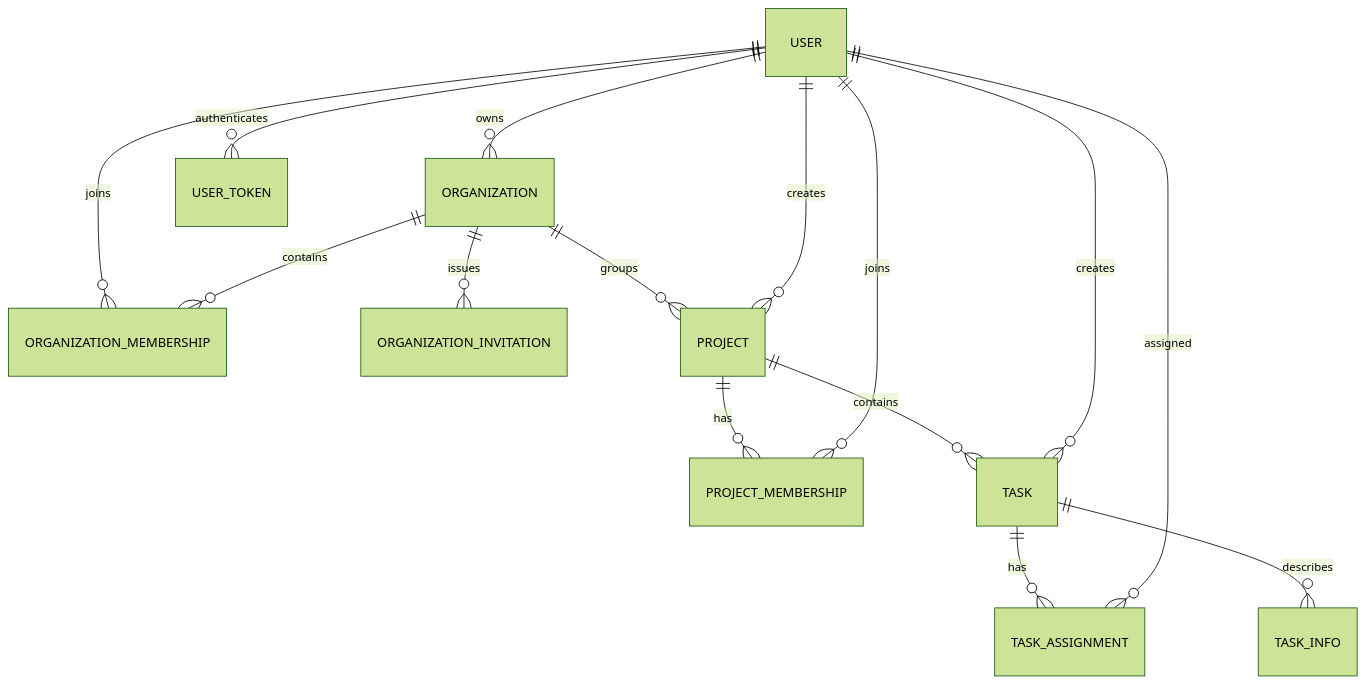
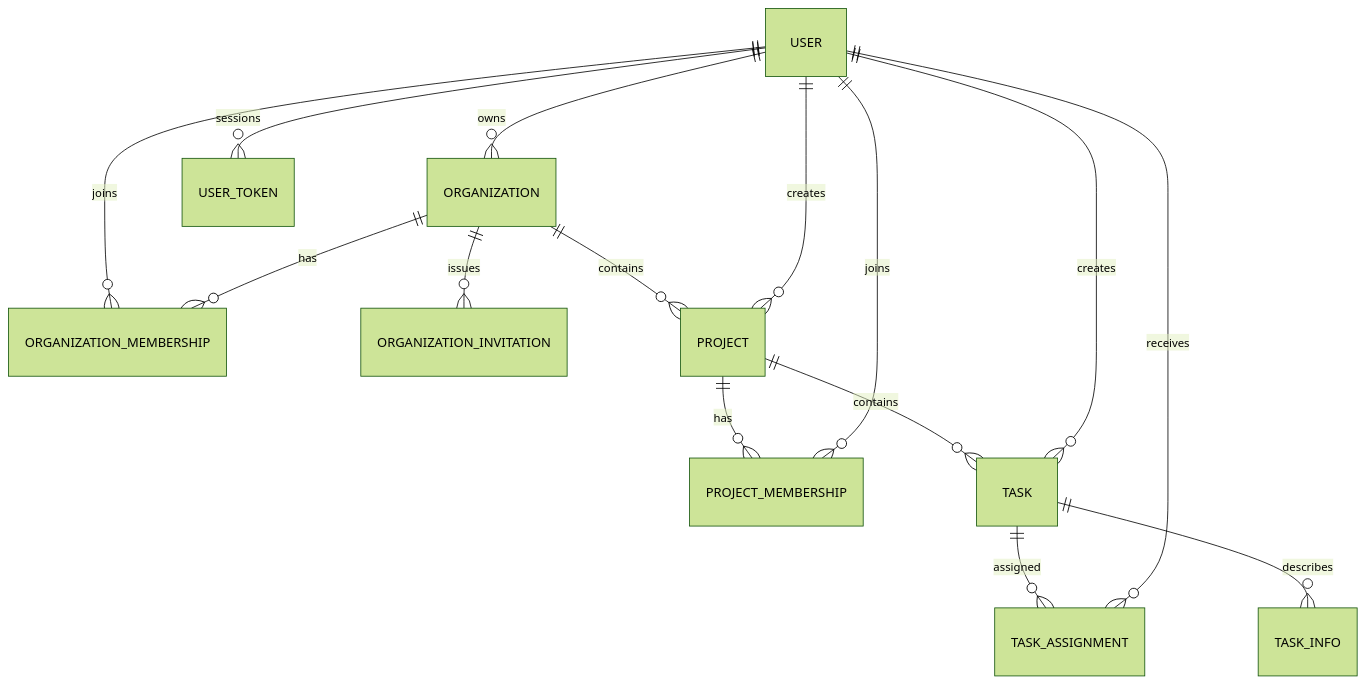
Before and after one commit to CallMeMazi/TaskManagement-API: the second of 2 diagrams in README.md, drawn with Mermaid (forest theme). The commit also changed other lines of this file and 2 other files, not shown here.

````diff
--- a/README.md
+++ b/README.md
@@ -225,17 +93,17 @@
 ```mermaid
 erDiagram
     USER ||--o{ ORGANIZATION : owns
     USER ||--o{ ORGANIZATION_MEMBERSHIP : joins
-    ORGANIZATION ||--o{ ORGANIZATION_MEMBERSHIP : contains
+    ORGANIZATION ||--o{ ORGANIZATION_MEMBERSHIP : has
     ORGANIZATION ||--o{ ORGANIZATION_INVITATION : issues
-    ORGANIZATION ||--o{ PROJECT : groups
+    ORGANIZATION ||--o{ PROJECT : contains
     USER ||--o{ PROJECT : creates
     PROJECT ||--o{ PROJECT_MEMBERSHIP : has
     USER ||--o{ PROJECT_MEMBERSHIP : joins
     PROJECT ||--o{ TASK : contains
     USER ||--o{ TASK : creates
-    TASK ||--o{ TASK_ASSIGNMENT : has
-    USER ||--o{ TASK_ASSIGNMENT : assigned
+    TASK ||--o{ TASK_ASSIGNMENT : assigned
+    USER ||--o{ TASK_ASSIGNMENT : receives
     TASK ||--o{ TASK_INFO : describes
-    USER ||--o{ USER_TOKEN : authenticates
+    USER ||--o{ USER_TOKEN : sessions
 ```
````
